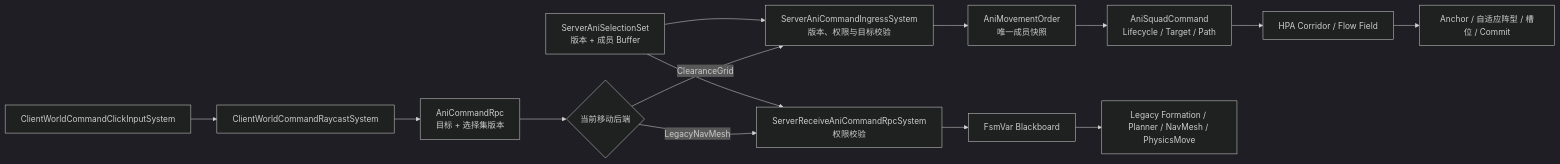
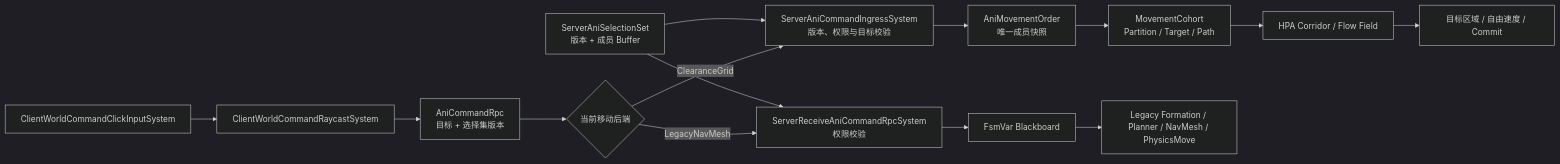
The third of 7 diagrams in docs/Architecture/05_GameplayFlows.md (mcaswen/AnimarsCatcher), drawn with Mermaid (dark theme) before and after one commit. The commit also changed other lines of this file and 29 other files, not shown here.

````diff
--- a/docs/Architecture/05_GameplayFlows.md
+++ b/docs/Architecture/05_GameplayFlows.md
@@ -70,22 +70,22 @@
 ```mermaid
 flowchart LR
     Click[ClientWorldCommandClickInputSystem]
     Ray[ClientWorldCommandRaycastSystem]
     Selection[ServerAniSelectionSet<br/>版本 + 成员 Buffer]
     Rpc[AniCommandRpc<br/>目标 + 选择集版本]
     Backend{当前移动后端}
     GridIngress[ServerAniCommandIngressSystem<br/>版本、权限与目标校验]
     Order[AniMovementOrder<br/>唯一成员快照]
-    Squad[AniSquadCommand<br/>Lifecycle / Target / Path]
+    Cohort[MovementCohort<br/>Partition / Target / Path]
     Flow[HPA Corridor / Flow Field]
-    GridMove[Anchor / 自适应阵型 / 槽位 / Commit]
+    GridMove[目标区域 / 自由速度 / Commit]
     LegacyIngress[ServerReceiveAniCommandRpcSystem<br/>权限校验]
     Blackboard[FsmVar Blackboard]
     Legacy[Legacy Formation / Planner / NavMesh / PhysicsMove]
 
     Click --> Ray --> Rpc --> Backend
     Selection --> GridIngress
     Selection --> LegacyIngress
-    Backend -->|ClearanceGrid| GridIngress --> Order --> Squad --> Flow --> GridMove
+    Backend -->|ClearanceGrid| GridIngress --> Order --> Cohort --> Flow --> GridMove
     Backend -->|LegacyNavMesh| LegacyIngress --> Blackboard --> Legacy
 ```
````
